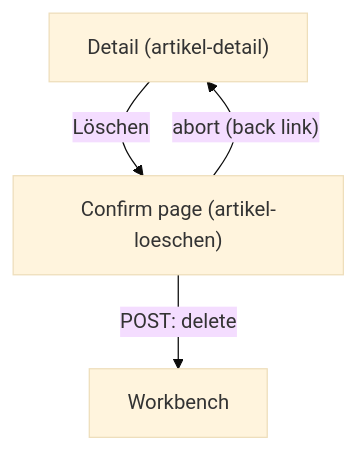
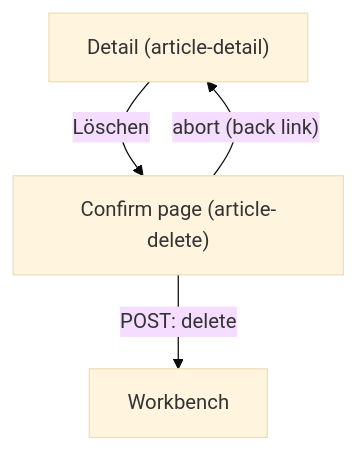
Before and after one commit to deutscher-pfadfinderbund/bundesarchiv: the fourth of 7 diagrams in docs/design/userflows.md, drawn with Mermaid (base theme). The commit also changed other lines of this file and 3 other files, not shown here.

````diff
--- a/docs/design/userflows.md
+++ b/docs/design/userflows.md
@@ -122,6 +122,6 @@
 ```mermaid
 flowchart TD
-    DET["Detail (artikel-detail)"] -->|"Löschen"| CONF["Confirm page (artikel-loeschen)"]
+    DET["Detail (article-detail)"] -->|"Löschen"| CONF["Confirm page (article-delete)"]
     CONF -->|"POST: delete"| WB["Workbench"]
     CONF -->|"abort (back link)"| DET
 ```
````
